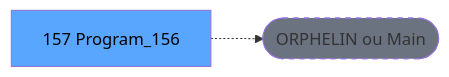
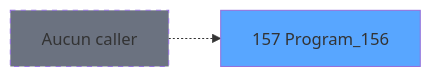
One commit to thonyAGP/magic-migration changed the second of 3 diagrams in .openspec/specs/ADH-IDE-157.md. Above: the diagram before and after it, drawn with Mermaid. The commit also changed other lines of this file and 311 other files, not shown here.

````diff
--- a/.openspec/specs/ADH-IDE-157.md
+++ b/.openspec/specs/ADH-IDE-157.md
@@ -121,8 +104,8 @@
 ```mermaid
 graph LR
-    T[157 Program_156]
-    ORPHAN([ORPHELIN ou Main])
-    T -.-> ORPHAN
-    style T fill:#58a6ff,color:#000
-    style ORPHAN fill:#6b7280,stroke-dasharray: 5 5
+    T157[157 Program_156]
+    style T157 fill:#58a6ff
+    NONE[Aucun caller]
+    NONE -.-> T157
+    style NONE fill:#6b7280,stroke-dasharray: 5 5
 ```
````
